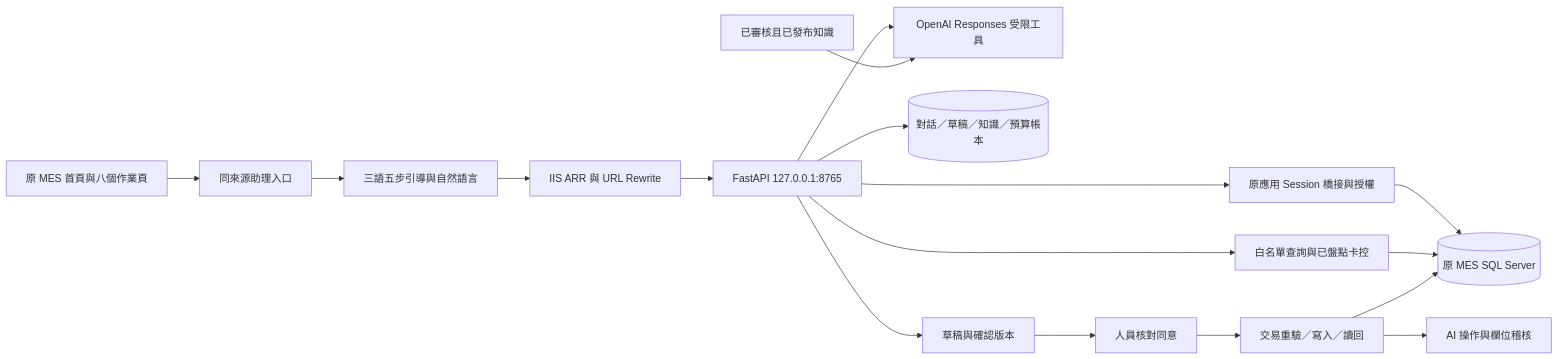
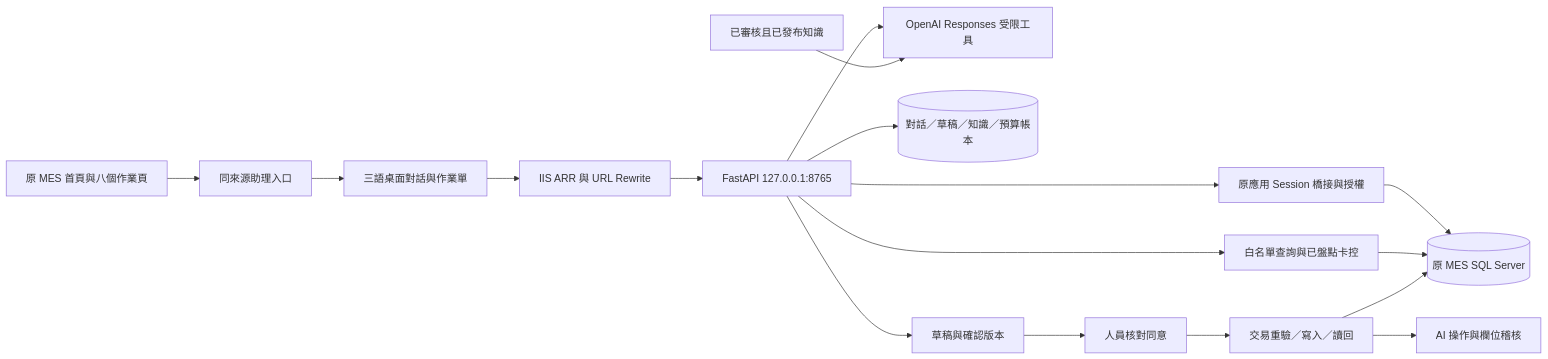
One commit to WeYuTech/KaosuAiAgentTest changed the first of 3 diagrams in README.md. Above: the diagram before and after it, drawn with Mermaid. The commit also changed other lines of this file and 6 other files, not shown here.

````diff
--- a/README.md
+++ b/README.md
@@ -11,19 +11,19 @@
 ```mermaid
 flowchart LR
     MES[原 MES 首頁與八個作業頁] --> Loader[同來源助理入口]
-    Loader --> UI[三語五步引導與自然語言]
+    Loader --> UI[三語桌面對話與作業單]
     UI --> IIS[IIS ARR 與 URL Rewrite]
     IIS --> API[FastAPI 127.0.0.1:8765]
     API --> Identity[原應用 Session 橋接與授權]
     Identity --> SQL[(原 MES SQL Server)]
     API --> Query[白名單查詢與已盤點卡控]
     Query --> SQL
     API --> Model[OpenAI Responses 受限工具]
     Knowledge[已審核且已發布知識] --> Model
     API --> Local[(對話／草稿／知識／預算帳本)]
     API --> Preview[草稿與確認版本]
     Preview --> Human[人員核對同意]
     Human --> Tx[交易重驗／寫入／讀回]
     Tx --> SQL
     Tx --> Audit[AI 操作與欄位稽核]
 ```
````
